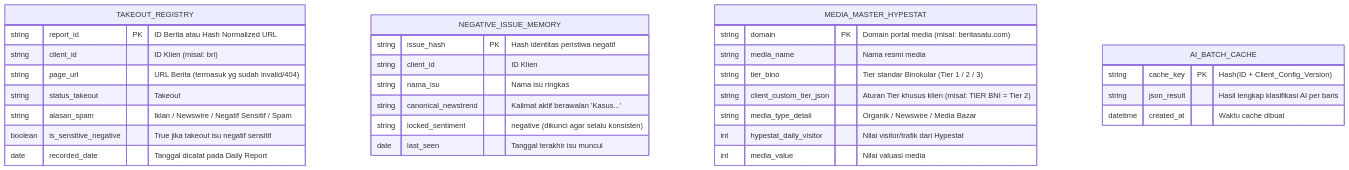
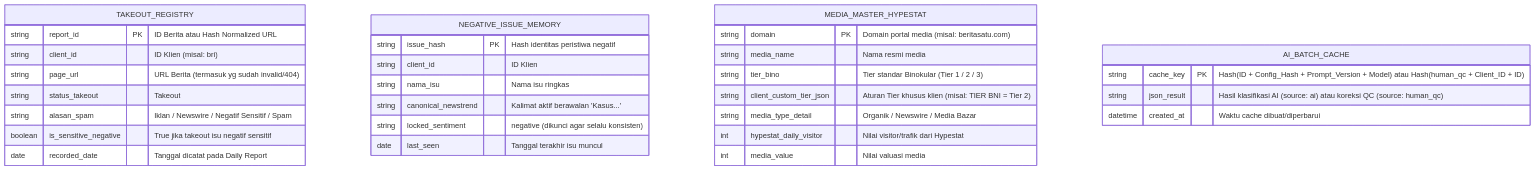
Before and after one commit to Rambu464/automation-report: the first of 4 diagrams in docs/phase-2-design/SAD.md, drawn with Mermaid. The commit also changed other lines of this file and 20 other files, not shown here.

Commit message:
feat: align custom media tier, anti-stale ai_batch_cache, QC insert/filter, and per-client takeout isolation

````diff
--- a/docs/phase-2-design/SAD.md
+++ b/docs/phase-2-design/SAD.md
@@ -33,37 +33,37 @@
 ```mermaid
 erDiagram
     TAKEOUT_REGISTRY {
         string report_id PK "ID Berita atau Hash Normalized URL"
         string client_id "ID Klien (misal: bri)"
         string page_url "URL Berita (termasuk yg sudah invalid/404)"
         string status_takeout "Takeout"
         string alasan_spam "Iklan / Newswire / Negatif Sensitif / Spam"
         boolean is_sensitive_negative "True jika takeout isu negatif sensitif"
         date recorded_date "Tanggal dicatat pada Daily Report"
     }
 
     NEGATIVE_ISSUE_MEMORY {
         string issue_hash PK "Hash identitas peristiwa negatif"
         string client_id "ID Klien"
         string nama_isu "Nama isu ringkas"
         string canonical_newstrend "Kalimat aktif berawalan 'Kasus...'"
         string locked_sentiment "negative (dikunci agar selalu konsisten)"
         date last_seen "Tanggal terakhir isu muncul"
     }
 
     MEDIA_MASTER_HYPESTAT {
         string domain PK "Domain portal media (misal: beritasatu.com)"
         string media_name "Nama resmi media"
         string tier_bino "Tier standar Binokular (Tier 1 / 2 / 3)"
         string client_custom_tier_json "Aturan Tier khusus klien (misal: TIER BNI = Tier 2)"
         string media_type_detail "Organik / Newswire / Media Bazar"
         int hypestat_daily_visitor "Nilai visitor/trafik dari Hypestat"
         int media_value "Nilai valuasi media"
     }
 
     AI_BATCH_CACHE {
-        string cache_key PK "Hash(ID + Client_Config_Version)"
-        string json_result "Hasil lengkap klasifikasi AI per baris"
-        datetime created_at "Waktu cache dibuat"
+        string cache_key PK "Hash(ID + Config_Hash + Prompt_Version + Model) atau Hash(human_qc + Client_ID + ID)"
+        string json_result "Hasil klasifikasi AI (source: ai) atau koreksi QC (source: human_qc)"
+        datetime created_at "Waktu cache dibuat/diperbarui"
     }
 ```
````
